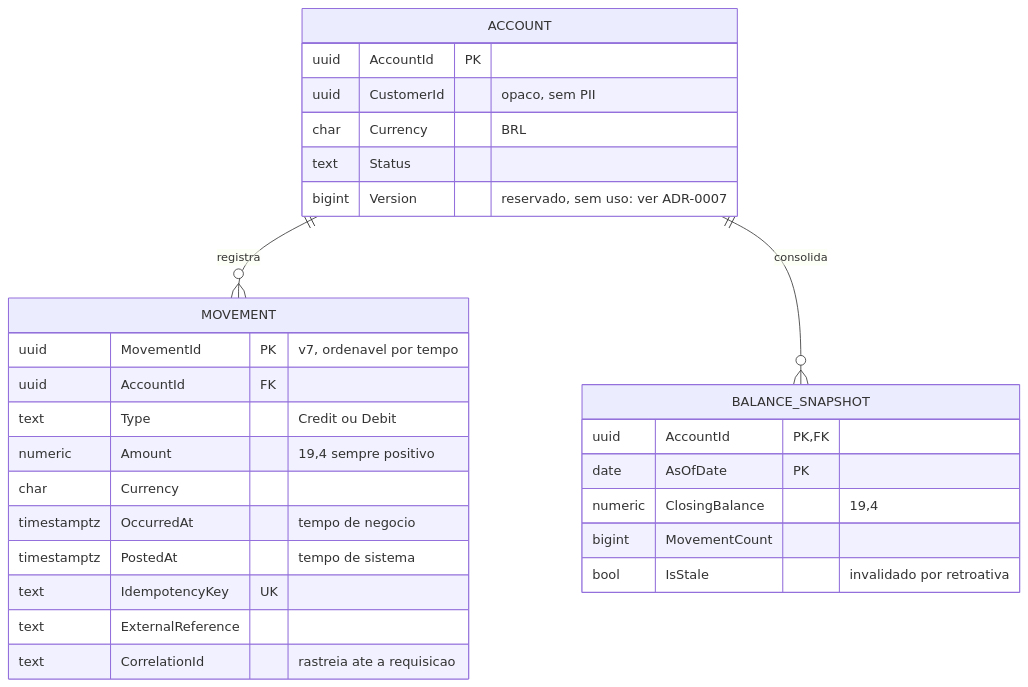
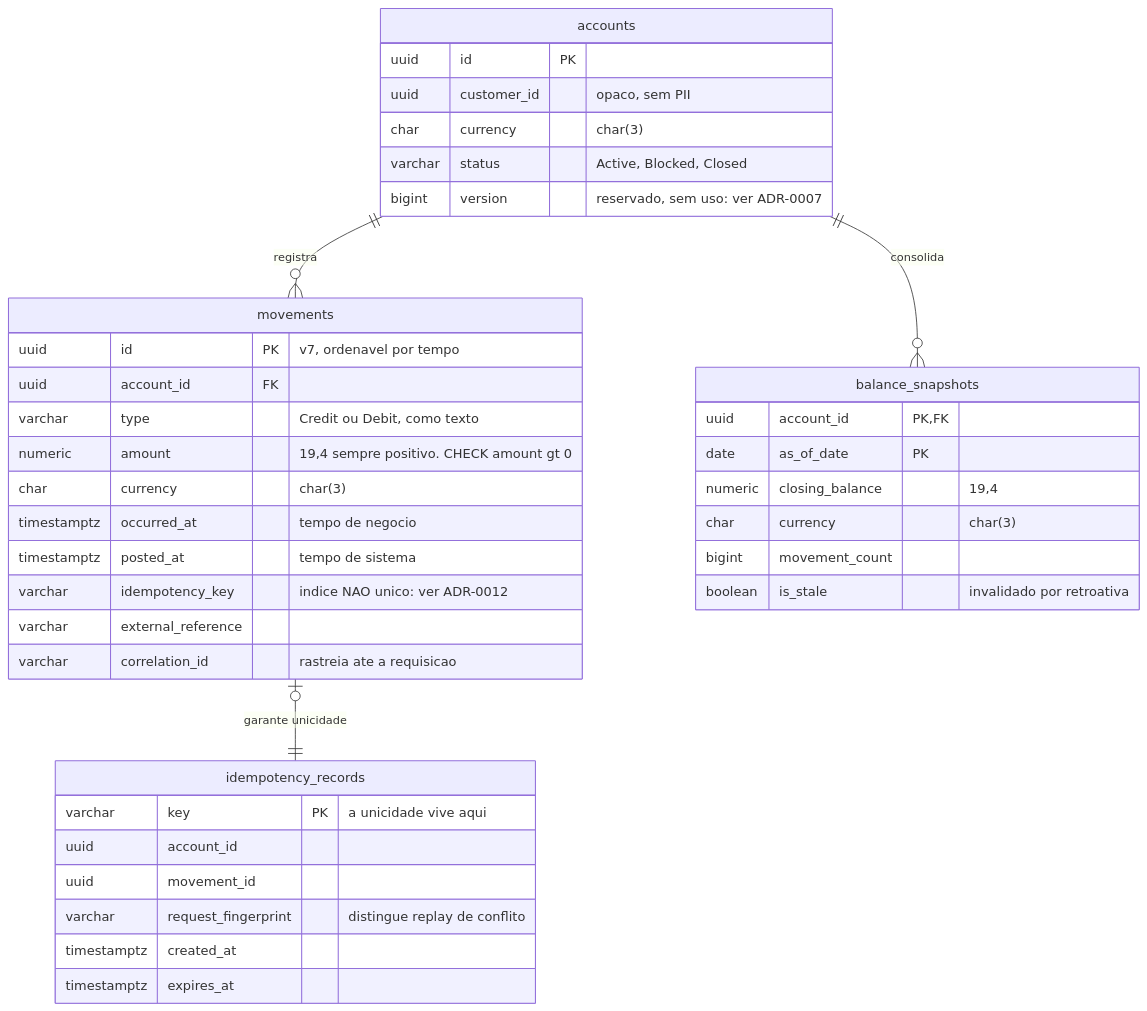
The fourth of 4 diagrams in docs/arquitetura.md (joaorecanello/opah-ledger), drawn with Mermaid before and after one commit. The commit also changed other lines of this file and 32 other files, not shown here.

````diff
--- a/docs/arquitetura.md
+++ b/docs/arquitetura.md
@@ -182,34 +185,45 @@
 ```mermaid
 erDiagram
-    ACCOUNT ||--o{ MOVEMENT : "registra"
-    ACCOUNT ||--o{ BALANCE_SNAPSHOT : "consolida"
+    accounts ||--o{ movements : "registra"
+    accounts ||--o{ balance_snapshots : "consolida"
+    movements |o--|| idempotency_records : "garante unicidade"
 
-    ACCOUNT {
-        uuid AccountId PK
-        uuid CustomerId "opaco, sem PII"
-        char Currency "BRL"
-        text Status
-        bigint Version "reservado, sem uso: ver ADR-0007"
+    accounts {
+        uuid id PK
+        uuid customer_id "opaco, sem PII"
+        char currency "char(3)"
+        varchar status "Active, Blocked, Closed"
+        bigint version "reservado, sem uso: ver ADR-0007"
     }
 
-    MOVEMENT {
-        uuid MovementId PK "v7, ordenavel por tempo"
-        uuid AccountId FK
-        text Type "Credit ou Debit"
-        numeric Amount "19,4 sempre positivo"
-        char Currency
-        timestamptz OccurredAt "tempo de negocio"
-        timestamptz PostedAt "tempo de sistema"
-        text IdempotencyKey UK
-        text ExternalReference
-        text CorrelationId "rastreia ate a requisicao"
+    movements {
+        uuid id PK "v7, ordenavel por tempo"
+        uuid account_id FK
+        varchar type "Credit ou Debit, como texto"
+        numeric amount "19,4 sempre positivo. CHECK amount gt 0"
+        char currency "char(3)"
+        timestamptz occurred_at "tempo de negocio"
+        timestamptz posted_at "tempo de sistema"
+        varchar idempotency_key "indice NAO unico: ver ADR-0012"
+        varchar external_reference
+        varchar correlation_id "rastreia ate a requisicao"
     }
 
-    BALANCE_SNAPSHOT {
-        uuid AccountId PK, FK
-        date AsOfDate PK
-        numeric ClosingBalance "19,4"
-        bigint MovementCount
-        bool IsStale "invalidado por retroativa"
+    idempotency_records {
+        varchar key PK "a unicidade vive aqui"
+        uuid account_id
+        uuid movement_id
+        varchar request_fingerprint "distingue replay de conflito"
+        timestamptz created_at
+        timestamptz expires_at
+    }
+
+    balance_snapshots {
+        uuid account_id PK, FK
+        date as_of_date PK
+        numeric closing_balance "19,4"
+        char currency "char(3)"
+        bigint movement_count
+        boolean is_stale "invalidado por retroativa"
     }
 ```
````
